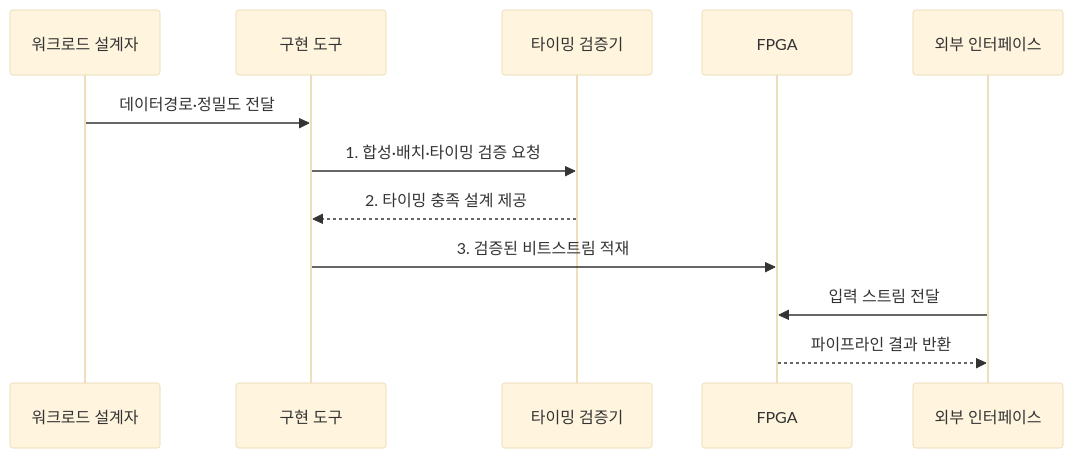
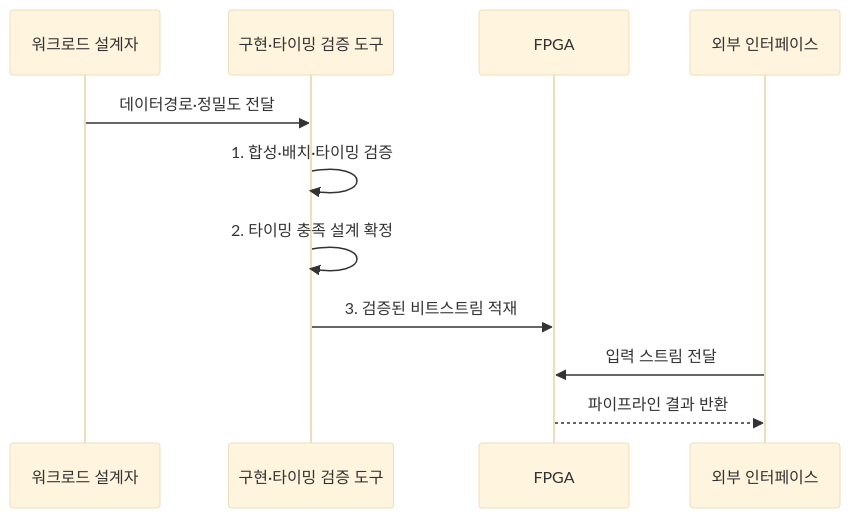
One commit to agnusdei1207/knowledge-base changed the second of 2 diagrams in src/content/docs/notes/08-latest-tech/143_fpga_ai_acceleration.md. Above: the diagram before and after it, drawn with Mermaid (base theme). The commit also changed other lines of this file and 5 other files, not shown here.

Commit message:
Clarify AI operations flow roles

````diff
--- a/src/content/docs/notes/08-latest-tech/143_fpga_ai_acceleration.md
+++ b/src/content/docs/notes/08-latest-tech/143_fpga_ai_acceleration.md
@@ -103,14 +103,13 @@
 ```mermaid
 sequenceDiagram
     participant W as 워크로드 설계자
-    participant T as 구현 도구
-    participant V as 타이밍 검증기
+    participant T as 구현·타이밍 검증 도구
     participant F as FPGA
     participant I as 외부 인터페이스
     W->>T: 데이터경로·정밀도 전달
-    T->>V: 1. 합성·배치·타이밍 검증 요청
-    V-->>T: 2. 타이밍 충족 설계 제공
+    T->>T: 1. 합성·배치·타이밍 검증
+    T->>T: 2. 타이밍 충족 설계 확정
     T->>F: 3. 검증된 비트스트림 적재
     I->>F: 입력 스트림 전달
     F-->>I: 파이프라인 결과 반환
 ```
````
